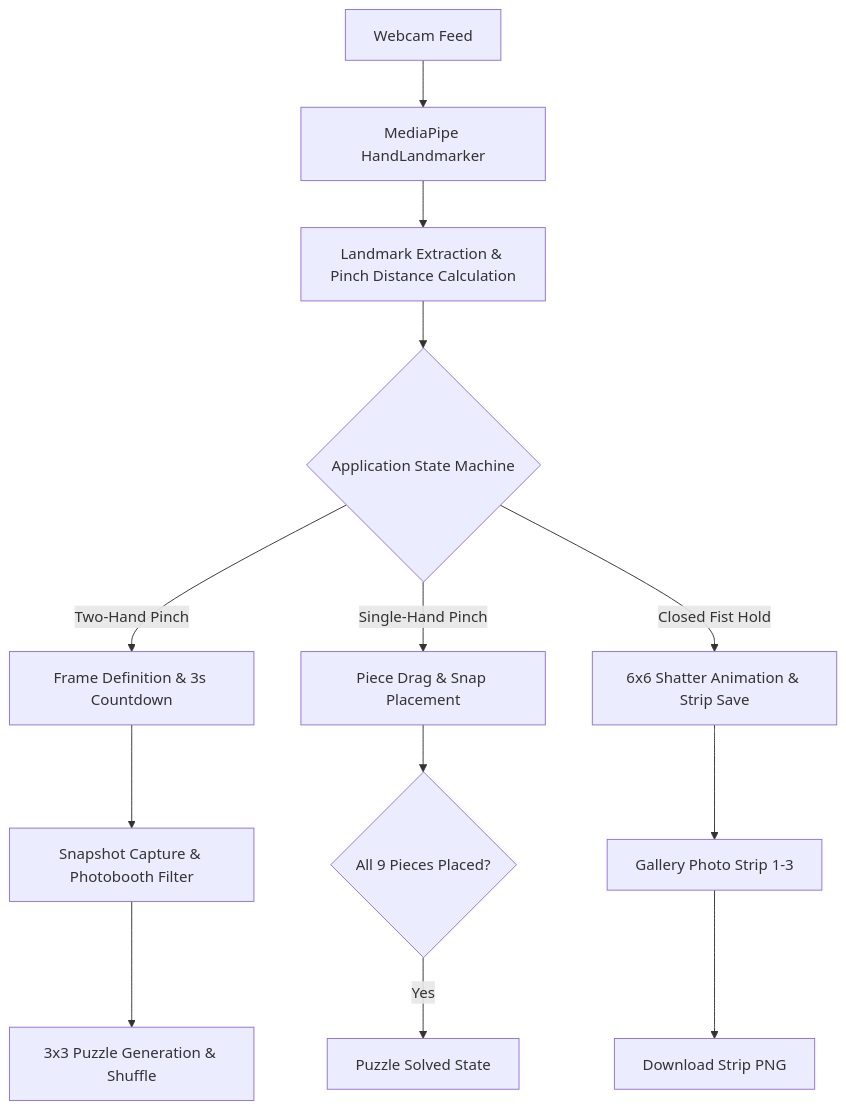
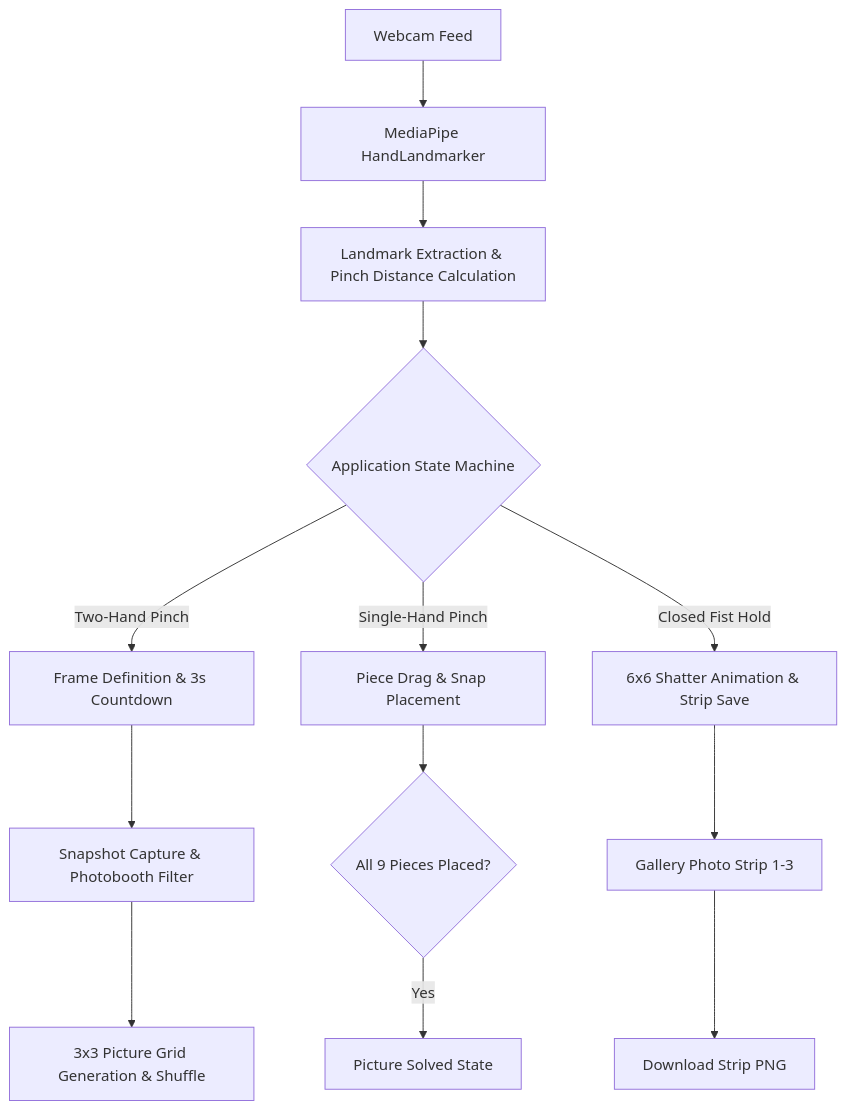
The diagram in README.md (thulanesigasa/picture_grid), drawn with Mermaid before and after one commit. The commit also changed other lines of this file and 2 other files, not shown here.

Commit message:
feat: complete translation to English and rename project to picture_grid (closes #6, closes #7, closes #8, closes #9)

````diff
--- a/README.md
+++ b/README.md
@@ -21,15 +22,15 @@
 ```mermaid
 flowchart TD
     A[Webcam Feed] --> B[MediaPipe HandLandmarker]
     B --> C[Landmark Extraction & Pinch Distance Calculation]
     C --> D{Application State Machine}
     D -->|Two-Hand Pinch| E[Frame Definition & 3s Countdown]
     E --> F[Snapshot Capture & Photobooth Filter]
-    F --> G[3x3 Puzzle Generation & Shuffle]
+    F --> G[3x3 Picture Grid Generation & Shuffle]
     D -->|Single-Hand Pinch| H[Piece Drag & Snap Placement]
     H --> I{All 9 Pieces Placed?}
-    I -->|Yes| J[Puzzle Solved State]
+    I -->|Yes| J[Picture Solved State]
     D -->|Closed Fist Hold| K[6x6 Shatter Animation & Strip Save]
     K --> L[Gallery Photo Strip 1-3]
     L --> M[Download Strip PNG]
 ```
````
